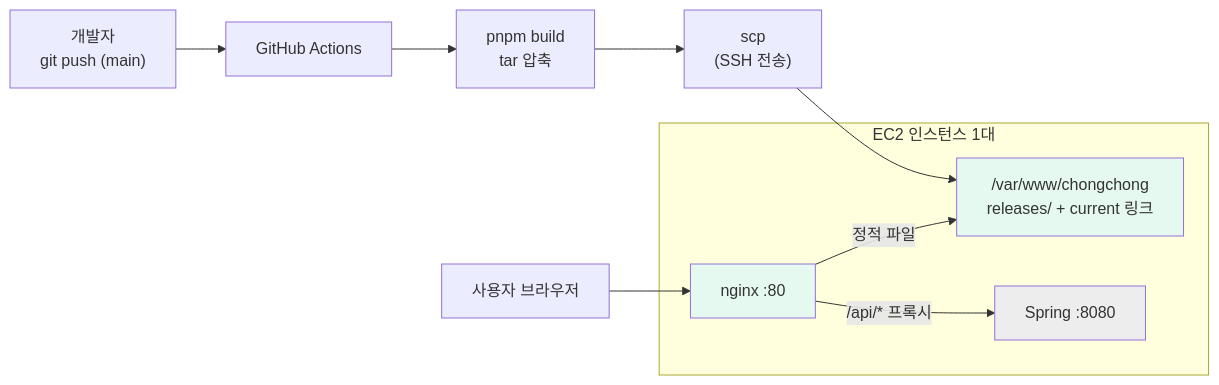
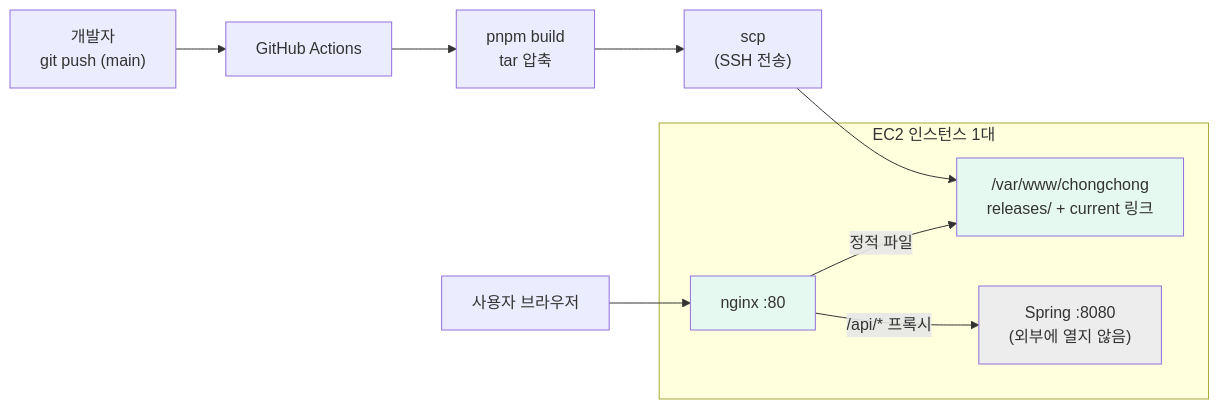
The diagram in ec2/README.md (Antoliny0919/taste-fe-deploy), drawn with Mermaid before and after one commit. The commit also changed other lines of this file and 3 other files, not shown here.

````diff
--- a/ec2/README.md
+++ b/ec2/README.md
@@ -29,21 +31,21 @@
 ```mermaid
 flowchart LR
     A["개발자<br/>git push (main)"] --> B["GitHub Actions"]
     B --> C["pnpm build<br/>tar 압축"]
     C --> D["scp<br/>(SSH 전송)"]
 
     subgraph EC2["EC2 인스턴스 1대"]
         E["/var/www/chongchong<br/>releases/ + current 링크"]
         F["nginx :80"]
-        G["Spring :8080"]
+        G["Spring :8080<br/>(외부에 열지 않음)"]
         F -->|"정적 파일"| E
         F -->|"/api/* 프록시"| G
     end
 
     D --> E
     H["사용자 브라우저"] --> F
 
     style E fill:#E5F9F0
     style F fill:#E5F9F0
     style G fill:#EDEDED
 ```
````
